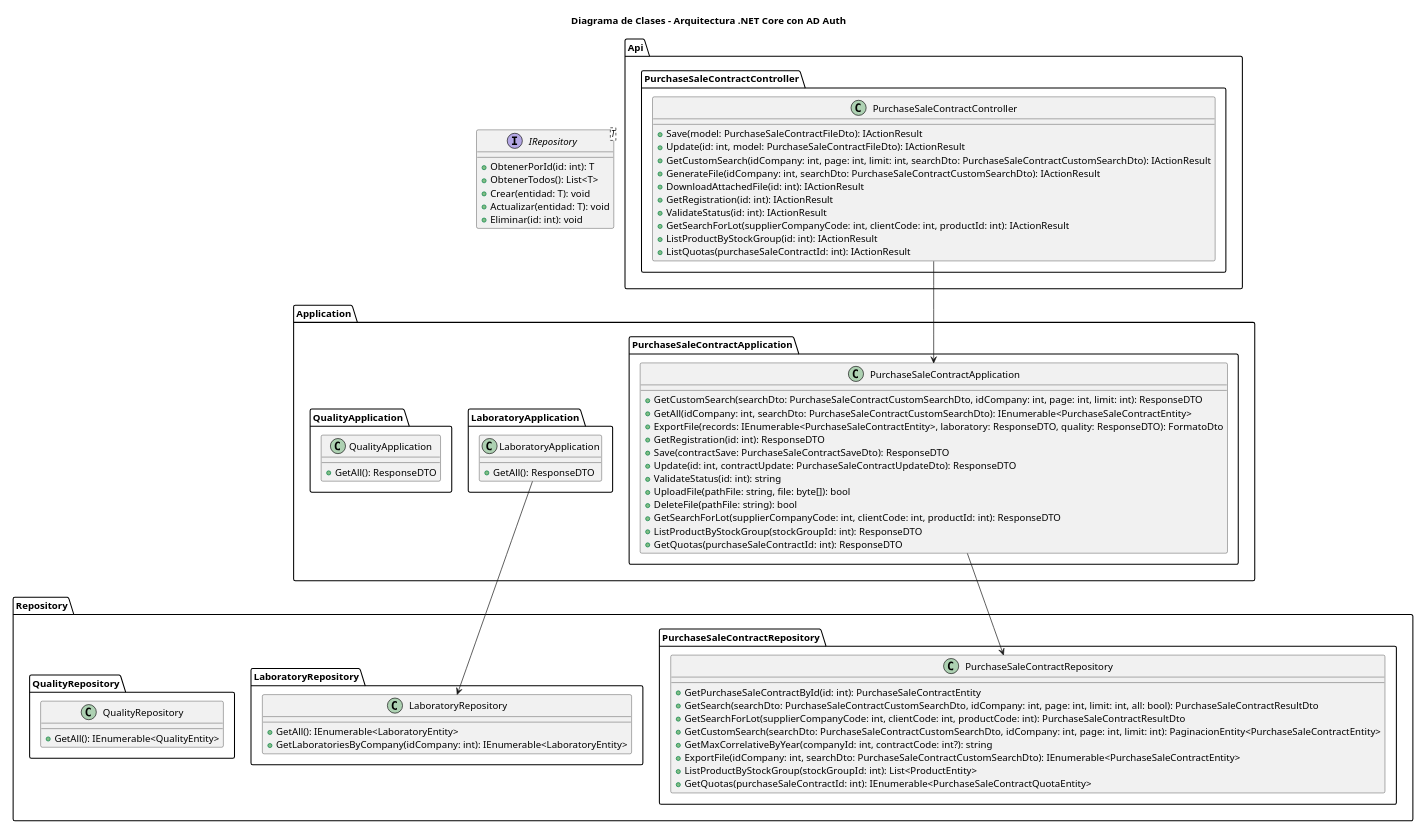
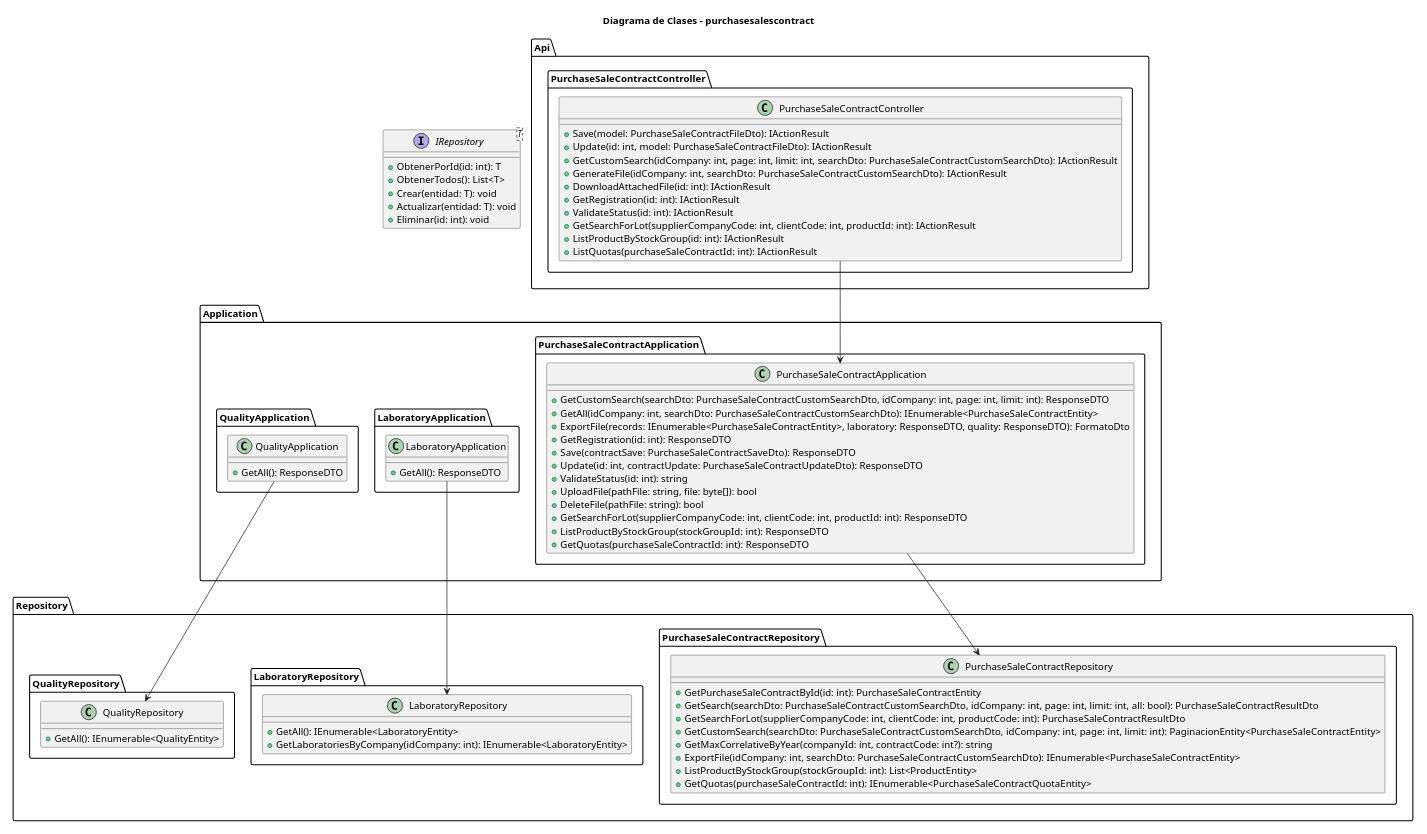
Before and after one commit to xvr8/diagramas: the diagram in integraciones/Clases/clases-purchasesalescontract.puml, drawn with PlantUML. The commit also changed 7 other files, not shown here.

Commit message:
diagramas finales

```diff
--- a/integraciones/Clases/clases-purchasesalescontract.puml
+++ b/integraciones/Clases/clases-purchasesalescontract.puml
@@ -1,94 +1,96 @@
 @startuml "Diagrama de Clases - Arquitectura .NET Core con AD Auth"
-title "Diagrama de Clases - Arquitectura .NET Core con AD Auth"
+title "Diagrama de Clases - purchasesalescontract"
 skinparam dpi 50
 skinparam pageSize A3
  
 package Api {
     package PurchaseSaleContractController {
         class PurchaseSaleContractController {
             + Save(model: PurchaseSaleContractFileDto): IActionResult
             + Update(id: int, model: PurchaseSaleContractFileDto): IActionResult
             + GetCustomSearch(idCompany: int, page: int, limit: int, searchDto: PurchaseSaleContractCustomSearchDto): IActionResult
             + GenerateFile(idCompany: int, searchDto: PurchaseSaleContractCustomSearchDto): IActionResult
             + DownloadAttachedFile(id: int): IActionResult
             + GetRegistration(id: int): IActionResult
             + ValidateStatus(id: int): IActionResult
             + GetSearchForLot(supplierCompanyCode: int, clientCode: int, productId: int): IActionResult
             + ListProductByStockGroup(id: int): IActionResult
             + ListQuotas(purchaseSaleContractId: int): IActionResult
         }
     }  
 }
  
 package Application {
     package PurchaseSaleContractApplication {
         class PurchaseSaleContractApplication {
             + GetCustomSearch(searchDto: PurchaseSaleContractCustomSearchDto, idCompany: int, page: int, limit: int): ResponseDTO
             + GetAll(idCompany: int, searchDto: PurchaseSaleContractCustomSearchDto): IEnumerable<PurchaseSaleContractEntity>
             + ExportFile(records: IEnumerable<PurchaseSaleContractEntity>, laboratory: ResponseDTO, quality: ResponseDTO): FormatoDto
             + GetRegistration(id: int): ResponseDTO
             + Save(contractSave: PurchaseSaleContractSaveDto): ResponseDTO
             + Update(id: int, contractUpdate: PurchaseSaleContractUpdateDto): ResponseDTO
             + ValidateStatus(id: int): string
             + UploadFile(pathFile: string, file: byte[]): bool
             + DeleteFile(pathFile: string): bool
             + GetSearchForLot(supplierCompanyCode: int, clientCode: int, productId: int): ResponseDTO
             + ListProductByStockGroup(stockGroupId: int): ResponseDTO
             + GetQuotas(purchaseSaleContractId: int): ResponseDTO
         }
     }
      package LaboratoryApplication {
         class LaboratoryApplication {
             + GetAll(): ResponseDTO
         }
     }
 
     package QualityApplication {
         class QualityApplication {
             + GetAll(): ResponseDTO
         }
     }
 }
  
 package Repository {
     package PurchaseSaleContractRepository {
         class PurchaseSaleContractRepository {
             + GetPurchaseSaleContractById(id: int): PurchaseSaleContractEntity
             + GetSearch(searchDto: PurchaseSaleContractCustomSearchDto, idCompany: int, page: int, limit: int, all: bool): PurchaseSaleContractResultDto
             + GetSearchForLot(supplierCompanyCode: int, clientCode: int, productCode: int): PurchaseSaleContractResultDto
             + GetCustomSearch(searchDto: PurchaseSaleContractCustomSearchDto, idCompany: int, page: int, limit: int): PaginacionEntity<PurchaseSaleContractEntity>
             + GetMaxCorrelativeByYear(companyId: int, contractCode: int?): string
             + ExportFile(idCompany: int, searchDto: PurchaseSaleContractCustomSearchDto): IEnumerable<PurchaseSaleContractEntity>
             + ListProductByStockGroup(stockGroupId: int): List<ProductEntity>
             + GetQuotas(purchaseSaleContractId: int): IEnumerable<PurchaseSaleContractQuotaEntity>
         }
     }   
 
      package LaboratoryRepository {
         class LaboratoryRepository {
             + GetAll(): IEnumerable<LaboratoryEntity>
             + GetLaboratoriesByCompany(idCompany: int): IEnumerable<LaboratoryEntity>
         }
     }
 
      package QualityRepository {
         class QualityRepository {
             + GetAll(): IEnumerable<QualityEntity>
         }
     }
 }
  
 ' Interfaces de Repository
 interface IRepository<T> {
     + ObtenerPorId(id: int): T
     + ObtenerTodos(): List<T>
     + Crear(entidad: T): void
     + Actualizar(entidad: T): void
     + Eliminar(id: int): void
 }
  
 Api.PurchaseSaleContractController.PurchaseSaleContractController --> Application.PurchaseSaleContractApplication.PurchaseSaleContractApplication
 Application.PurchaseSaleContractApplication.PurchaseSaleContractApplication --> Repository.PurchaseSaleContractRepository.PurchaseSaleContractRepository
  
 Application.LaboratoryApplication.LaboratoryApplication --> Repository.LaboratoryRepository.LaboratoryRepository 
+
+Application.QualityApplication.QualityApplication --> Repository.QualityRepository.QualityRepository
 @enduml
```
